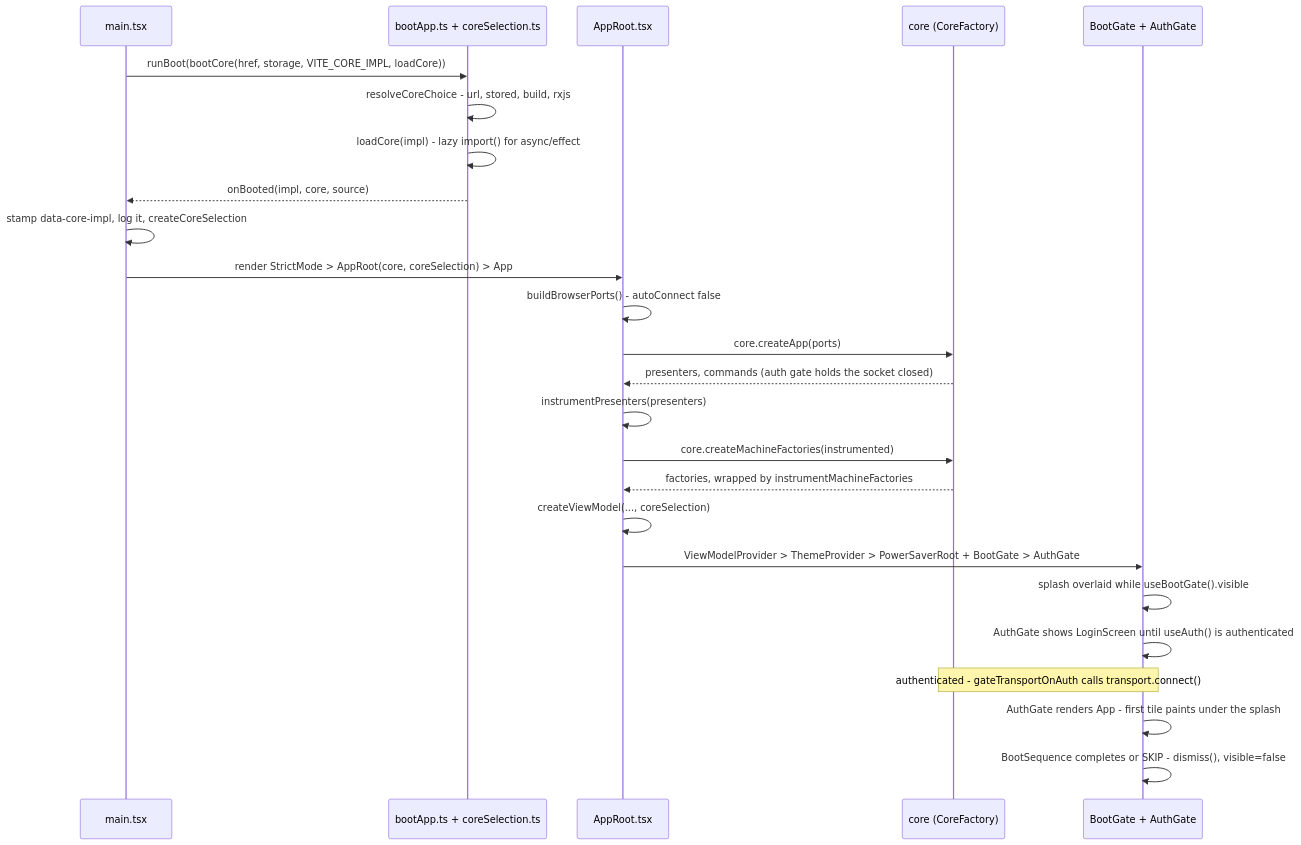
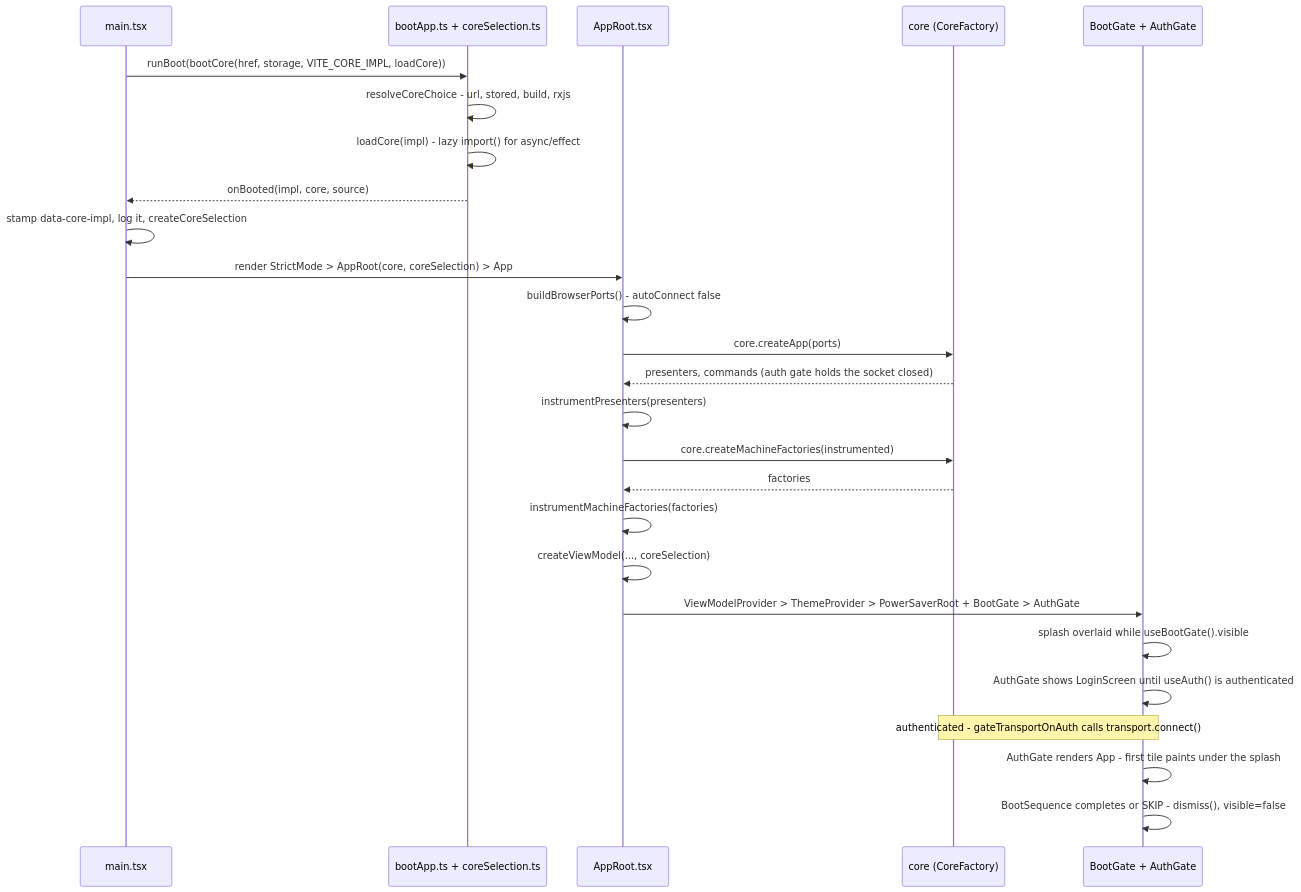
Before and after one commit to bettersoftware-io/ReactiveTraderCloudClone: the second of 4 diagrams in docs/architecture/14-composition-and-wiring.md, drawn with Mermaid. The commit also changed other lines of this file and 1 other file, not shown here.

First line of the commit message:
docs(architecture): §14/§17 review fixes — current layout-machine code, no line cites

````diff
--- a/docs/architecture/14-composition-and-wiring.md
+++ b/docs/architecture/14-composition-and-wiring.md
@@ -130,28 +130,29 @@
 ```mermaid
 sequenceDiagram
     participant M as main.tsx
     participant BC as bootApp.ts + coreSelection.ts
     participant AR as AppRoot.tsx
     participant C as core (CoreFactory)
     participant G as BootGate + AuthGate
 
     M->>BC: runBoot(bootCore(href, storage, VITE_CORE_IMPL, loadCore))
     BC->>BC: resolveCoreChoice - url, stored, build, rxjs
     BC->>BC: loadCore(impl) - lazy import() for async/effect
     BC-->>M: onBooted(impl, core, source)
     M->>M: stamp data-core-impl, log it, createCoreSelection
     M->>AR: render StrictMode > AppRoot(core, coreSelection) > App
     AR->>AR: buildBrowserPorts() - autoConnect false
     AR->>C: core.createApp(ports)
     C-->>AR: presenters, commands (auth gate holds the socket closed)
     AR->>AR: instrumentPresenters(presenters)
     AR->>C: core.createMachineFactories(instrumented)
-    C-->>AR: factories, wrapped by instrumentMachineFactories
+    C-->>AR: factories
+    AR->>AR: instrumentMachineFactories(factories)
     AR->>AR: createViewModel(..., coreSelection)
     AR->>G: ViewModelProvider > ThemeProvider > PowerSaverRoot + BootGate > AuthGate
     G->>G: splash overlaid while useBootGate().visible
     G->>G: AuthGate shows LoginScreen until useAuth() is authenticated
     Note over C,G: authenticated - gateTransportOnAuth calls transport.connect()
     G->>G: AuthGate renders App - first tile paints under the splash
     G->>G: BootSequence completes or SKIP - dismiss(), visible=false
 ```
````
